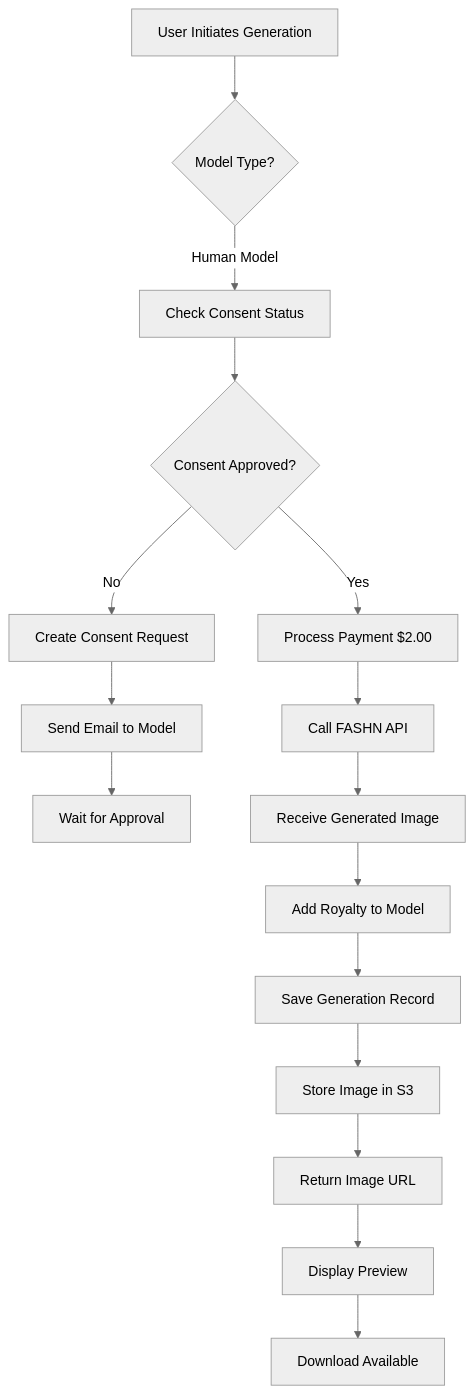
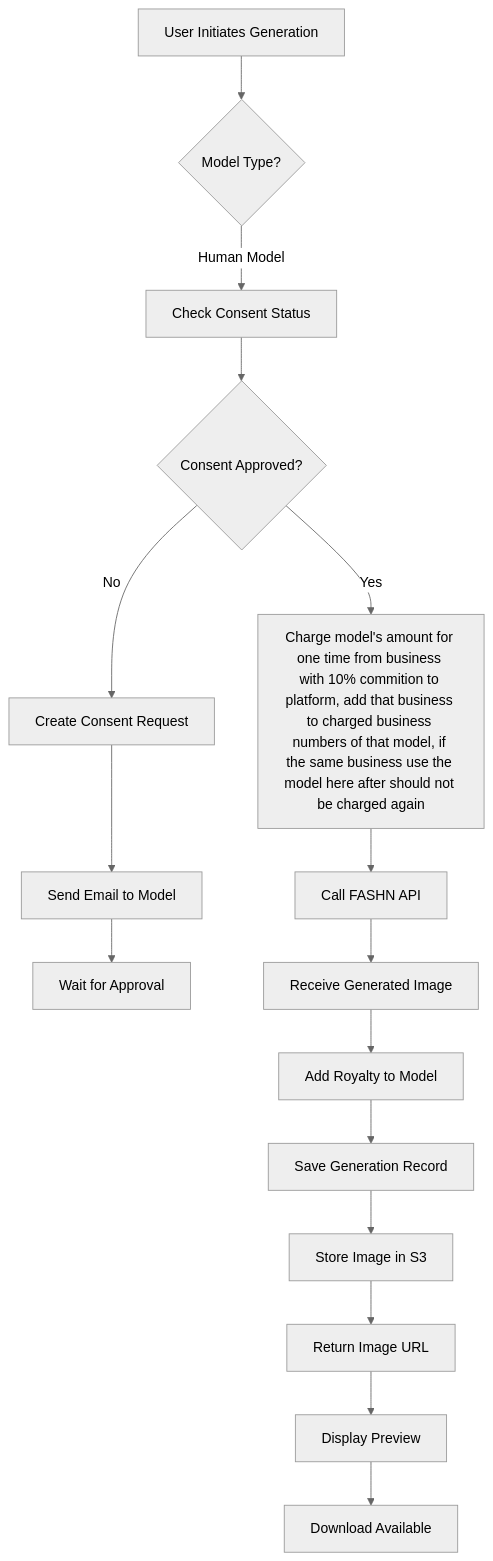
One commit to supuni9622/modelsnap changed the tenth of 11 diagrams in docs/MODELSNAP_COMPLETE_DOCUMENTATION.md. Above: the diagram before and after it, drawn with Mermaid (neutral theme). The commit also changed other lines of this file and 94 other files, not shown here.

````diff
--- a/docs/MODELSNAP_COMPLETE_DOCUMENTATION.md
+++ b/docs/MODELSNAP_COMPLETE_DOCUMENTATION.md
@@ -759,18 +605,18 @@
 ```mermaid
 flowchart TD
     A[User Initiates Generation] --> B{Model Type?}
     B -->|Human Model| C[Check Consent Status]
     C --> D{Consent Approved?}
     D -->|No| E[Create Consent Request]
     E --> F[Send Email to Model]
     F --> G[Wait for Approval]
-    D -->|Yes| H[Process Payment $2.00]
+    D -->|Yes| H[Charge model's amount for one time from business with 10% commition to platform, add that business to charged business numbers of that model, if the same business use the model here after should not be charged again]
     H --> I[Call FASHN API]
     I --> J[Receive Generated Image]
     J --> K[Add Royalty to Model]
     K --> L[Save Generation Record]
     L --> M[Store Image in S3]
     M --> N[Return Image URL]
     N --> O[Display Preview]
     O --> P[Download Available]
 ```
````
